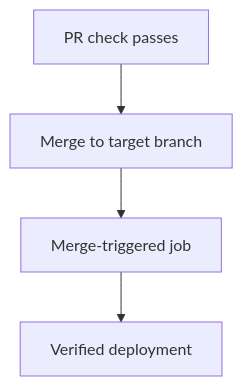
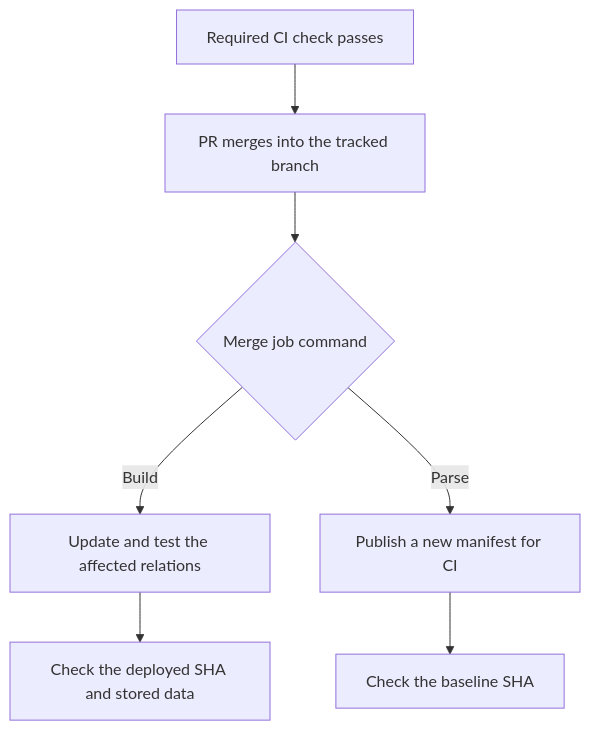
One commit to Rohit1024/dbt-learn changed the diagram in docs/lessons/0024-merge-jobs-and-continuous-deployment.md. Above: the diagram before and after it, drawn with Mermaid. The commit also changed other lines of this file and 4 other files, not shown here.

````diff
--- a/docs/lessons/0024-merge-jobs-and-continuous-deployment.md
+++ b/docs/lessons/0024-merge-jobs-and-continuous-deployment.md
@@ -7,8 +16,10 @@
 ```mermaid
 flowchart TD
-    A["PR check passes"]
-    B["Merge to target branch"]
-    C["Merge-triggered job"]
-    D["Verified deployment"]
-    A --> B --> C --> D
+    A["Required CI check passes"]
+    A --> B["PR merges into the tracked branch"]
+    B --> C{"Merge job command"}
+    C -->|Build| D["Update and test the affected relations"]
+    C -->|Parse| E["Publish a new manifest for CI"]
+    D --> F["Check the deployed SHA and stored data"]
+    E --> G["Check the baseline SHA"]
 ```
````
